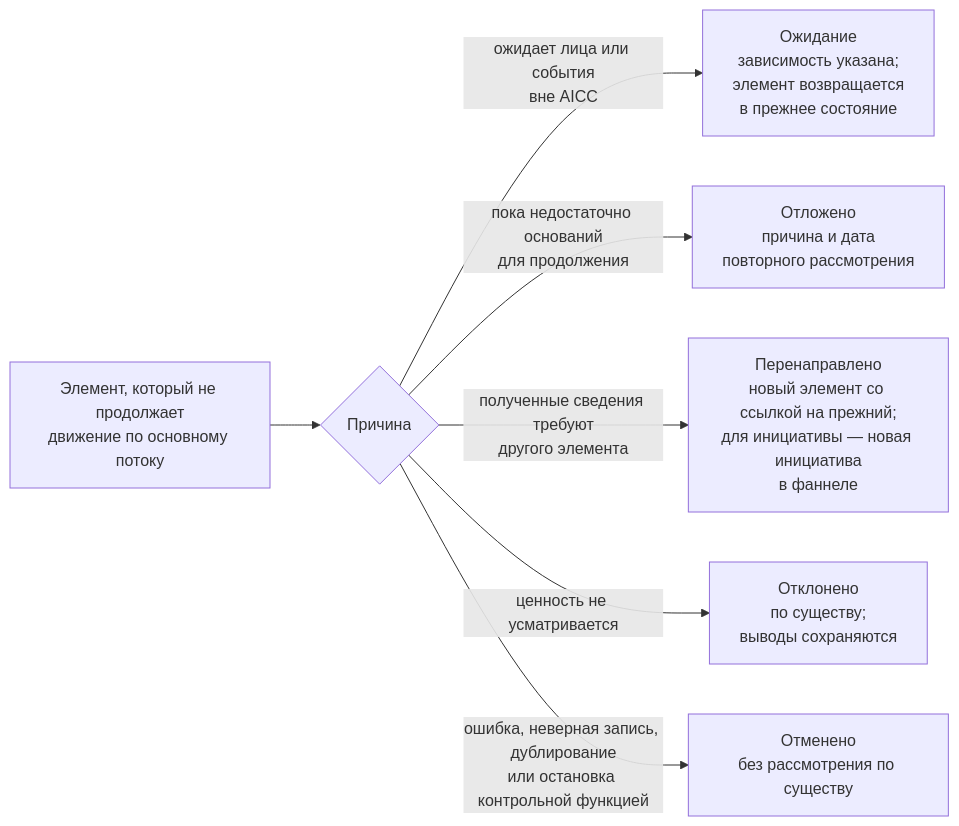
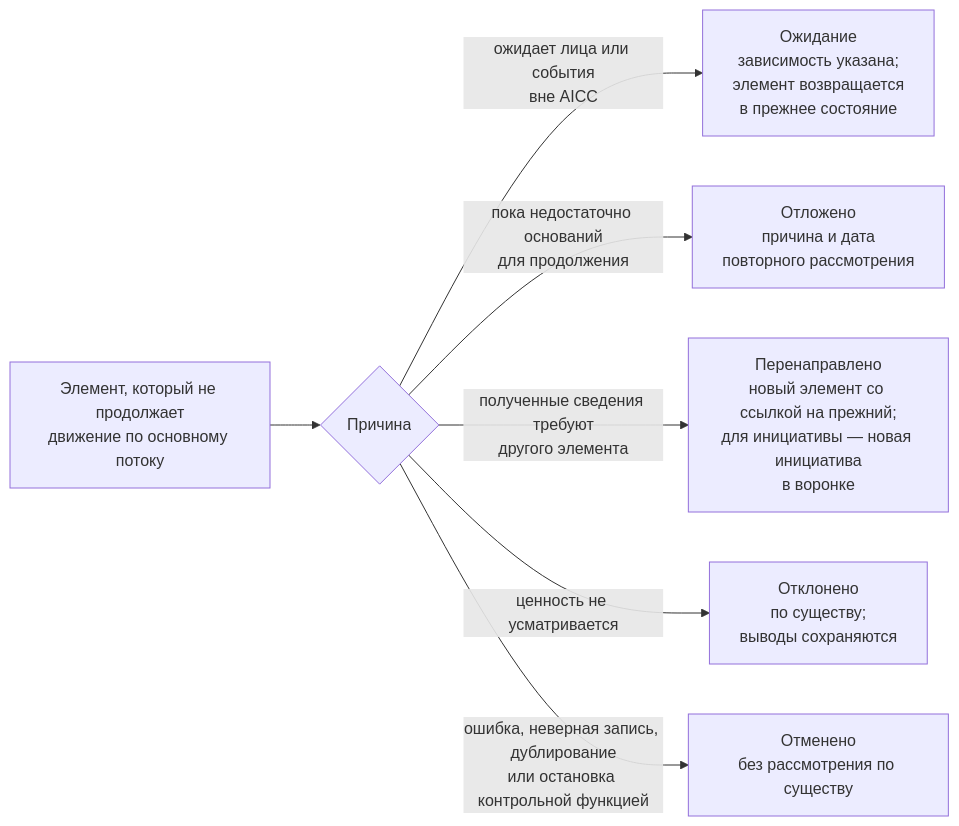
One commit to devhogu/ob-aicc changed the fourth of 5 diagrams in charter/ru/guides/service-delivery-guide.md. Above: the diagram before and after it, drawn with Mermaid. The commit also changed other lines of this file and 131 other files, not shown here.

````diff
--- a/charter/ru/guides/service-delivery-guide.md
+++ b/charter/ru/guides/service-delivery-guide.md
@@ -80,9 +80,9 @@
 ```mermaid
 flowchart LR
   IT["Элемент, который не продолжает<br/>движение по основному потоку"] --> Q{"Причина"}
   Q -->|"ожидает лица или события<br/>вне AICC"| WT["Ожидание<br/>зависимость указана;<br/>элемент возвращается<br/>в прежнее состояние"]
   Q -->|"пока недостаточно оснований<br/>для продолжения"| DF["Отложено<br/>причина и дата<br/>повторного рассмотрения"]
-  Q -->|"полученные сведения требуют<br/>другого элемента"| PV["Перенаправлено<br/>новый элемент со ссылкой на прежний;<br/>для инициативы — новая инициатива<br/>в фаннеле"]
+  Q -->|"полученные сведения требуют<br/>другого элемента"| PV["Перенаправлено<br/>новый элемент со ссылкой на прежний;<br/>для инициативы — новая инициатива<br/>в воронке"]
   Q -->|"ценность не усматривается"| RJ["Отклонено<br/>по существу;<br/>выводы сохраняются"]
   Q -->|"ошибка, неверная запись, дублирование<br/>или остановка контрольной функцией"| CN["Отменено<br/>без рассмотрения по существу"]
 ```
````
